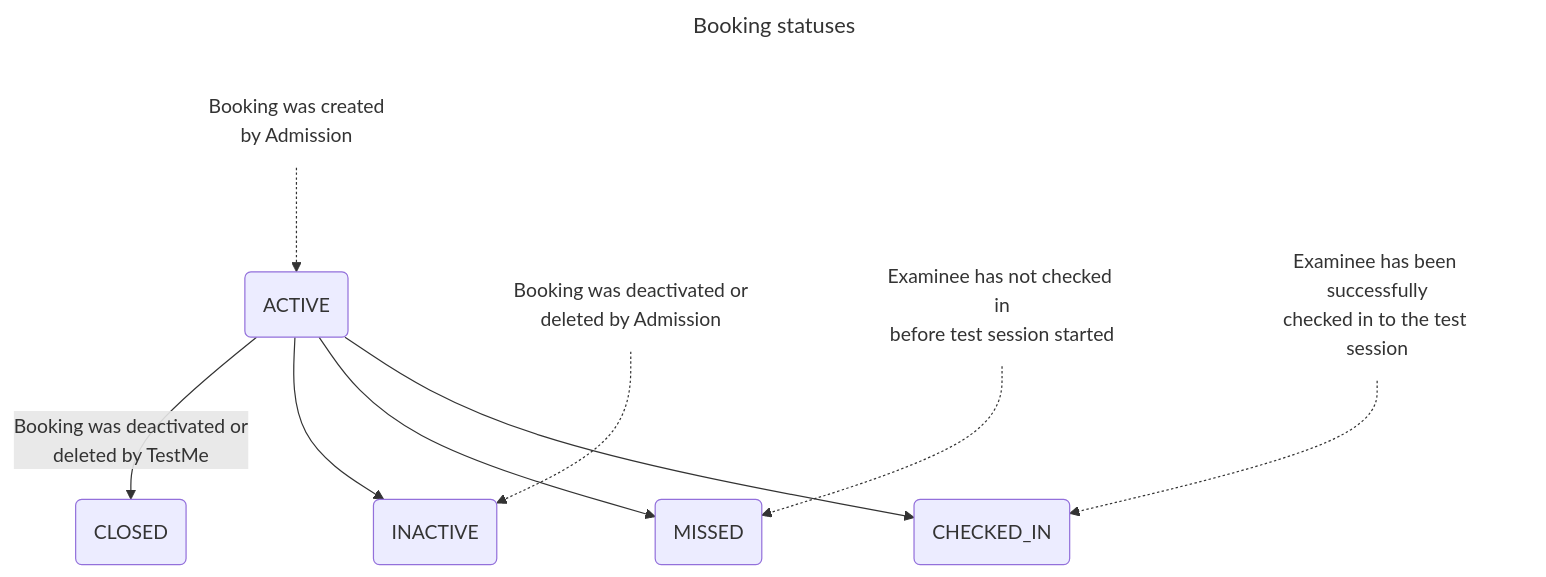
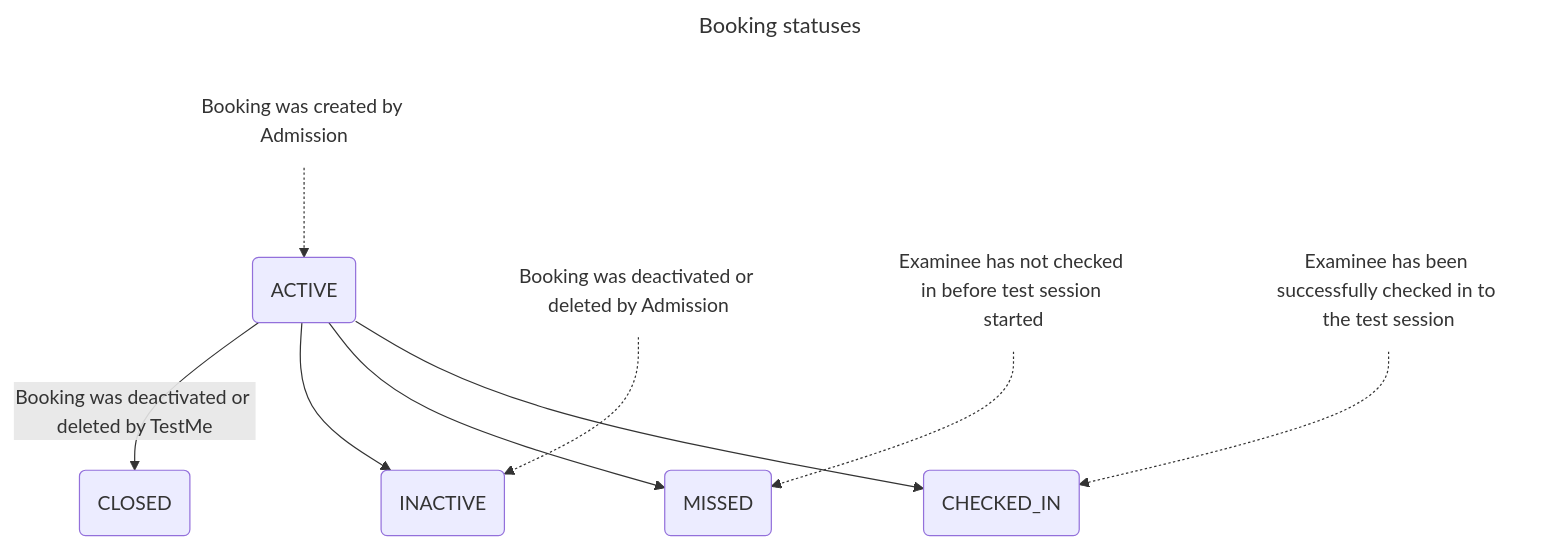
Before and after one commit to PavelBui/AtlasVault: the first of 3 diagrams in README.md, drawn with Mermaid.

Commit message:
Updated Mermaid

````diff
--- a/README.md
+++ b/README.md
@@ -49,15 +49,15 @@
 ```mermaid
 ---
 title: Booking statuses
 ---
 graph TD
-  TA[Booking was created<br>by Admission]:::noBorder-.->A(ACTIVE)
-  TI[Booking was deactivated or<br>deleted by Admission]:::noBorder-.->I(INACTIVE)
-  TM[Examinee has not checked in<br>before test session started]:::noBorder-.->M(MISSED)
-  TCI[Examinee has been successfully<br>checked in to the test session]:::noBorder-.->CI(CHECKED_IN)
-  A-- Booking was deactivated or<br>deleted by TestMe -->C(CLOSED);
+  TA[Booking was created by Admission]:::noBorder-.->A(ACTIVE)
+  TI[Booking was deactivated or deleted by Admission]:::noBorder-.->I(INACTIVE)
+  TM[Examinee has not checked in before test session started]:::noBorder-.->M(MISSED)
+  TCI[Examinee has been successfully checked in to the test session]:::noBorder-.->CI(CHECKED_IN)
+  A-- Booking was deactivated or deleted by TestMe -->C(CLOSED);
   A-->I;
   A-->M;
   A-->CI;
   classDef noBorder stroke-width:0,fill:transparent;
 ```
````
